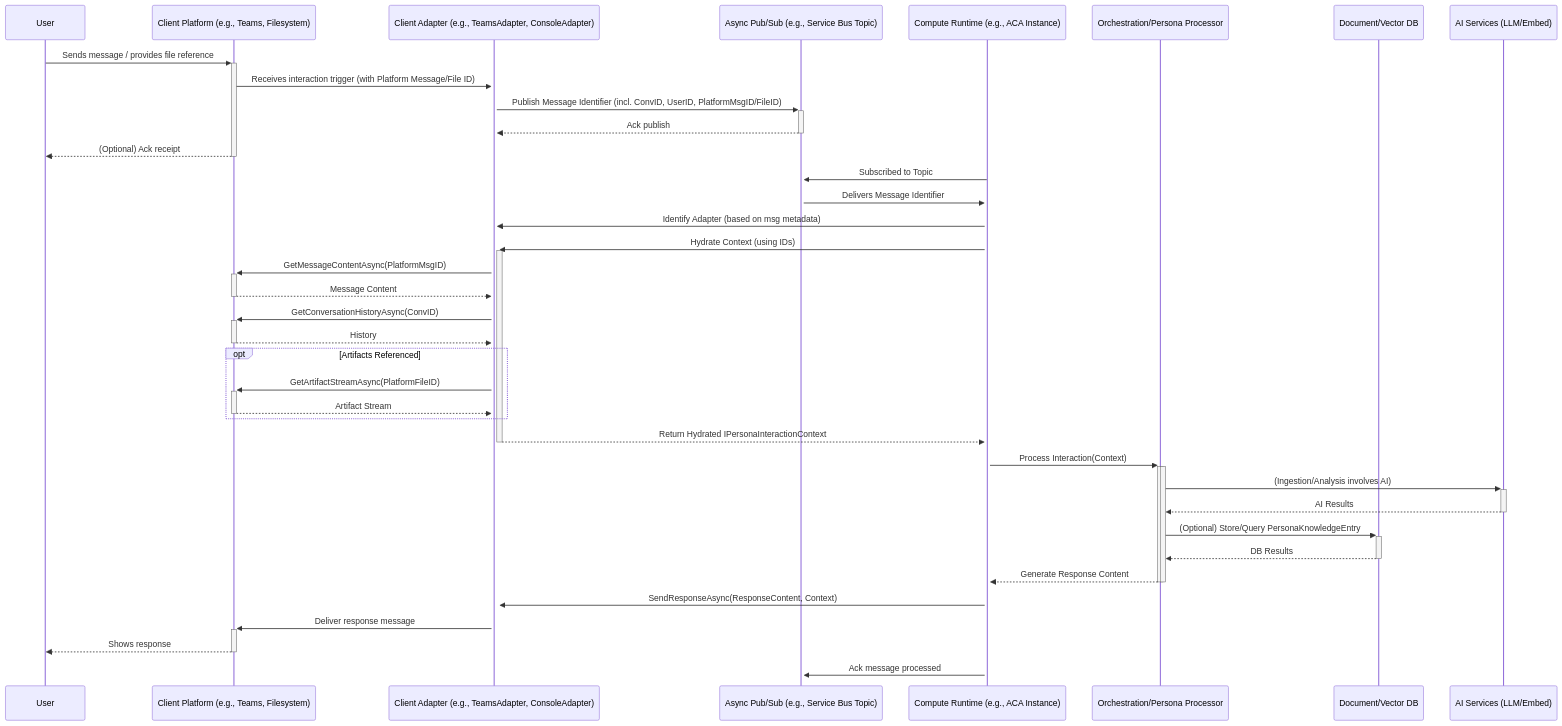
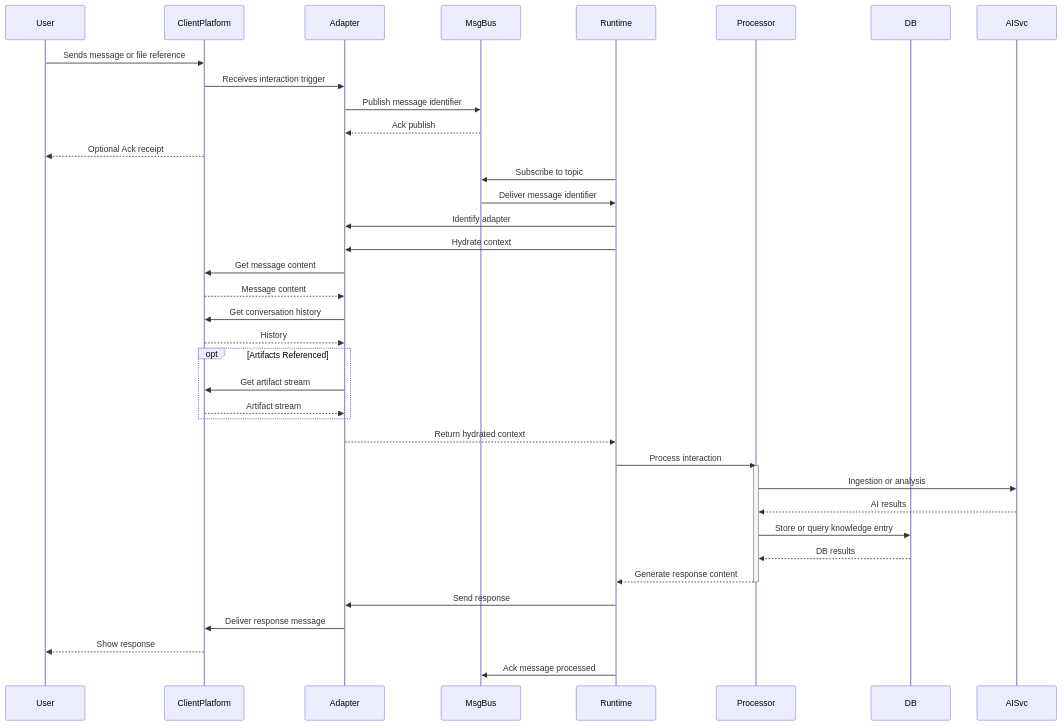
The first of 2 diagrams in Docs/Architecture/01_ARCHITECTURE_PROCESSING.md (jfjordanfarr/Nucleus), drawn with Mermaid before and after one commit. The commit also changed other lines of this file and 12 other files, not shown here.

Commit message:
Better mermaid parsing on existing docs

````diff
--- a/Docs/Architecture/01_ARCHITECTURE_PROCESSING.md
+++ b/Docs/Architecture/01_ARCHITECTURE_PROCESSING.md
@@ -72,45 +72,45 @@
 ```mermaid
 sequenceDiagram
     participant User
-    participant ClientPlatform as Client Platform (e.g., Teams, Filesystem)
-    participant Adapter as Client Adapter (e.g., TeamsAdapter, ConsoleAdapter)
-    participant MsgBus as Async Pub/Sub (e.g., Service Bus Topic)
-    participant Runtime as Compute Runtime (e.g., ACA Instance)
-    participant Processor as Orchestration/Persona Processor
-    participant DB as Document/Vector DB
-    participant AISvc as AI Services (LLM/Embed)
+    participant ClientPlatform
+    participant Adapter
+    participant MsgBus
+    participant Runtime
+    participant Processor
+    participant DB
+    participant AISvc
 
-    User->>+ClientPlatform: Sends message / provides file reference
-    ClientPlatform->>+Adapter: Receives interaction trigger (with Platform Message/File ID)
-    Adapter->>+MsgBus: Publish Message Identifier (incl. ConvID, UserID, PlatformMsgID/FileID)
-    MsgBus-->>-Adapter: Ack publish
-    ClientPlatform-->>-User: (Optional) Ack receipt
+    User->>ClientPlatform: Sends message or file reference
+    ClientPlatform->>Adapter: Receives interaction trigger
+    Adapter->>MsgBus: Publish message identifier
+    MsgBus-->>Adapter: Ack publish
+    ClientPlatform-->>User: Optional Ack receipt
 
-    Runtime->>+MsgBus: Subscribed to Topic
-    MsgBus->>+Runtime: Delivers Message Identifier
-    Runtime->>+Adapter: Identify Adapter (based on msg metadata)
-    Runtime->>+Adapter: Hydrate Context (using IDs)
-    Adapter->>+ClientPlatform: GetMessageContentAsync(PlatformMsgID)
-    ClientPlatform-->>-Adapter: Message Content
-    Adapter->>+ClientPlatform: GetConversationHistoryAsync(ConvID)
-    ClientPlatform-->>-Adapter: History
+    Runtime->>MsgBus: Subscribe to topic
+    MsgBus->>Runtime: Deliver message identifier
+    Runtime->>Adapter: Identify adapter
+    Runtime->>Adapter: Hydrate context
+    Adapter->>ClientPlatform: Get message content
+    ClientPlatform-->>Adapter: Message content
+    Adapter->>ClientPlatform: Get conversation history
+    ClientPlatform-->>Adapter: History
     opt Artifacts Referenced
-        Adapter->>+ClientPlatform: GetArtifactStreamAsync(PlatformFileID)
-        ClientPlatform-->>-Adapter: Artifact Stream
+        Adapter->>ClientPlatform: Get artifact stream
+        ClientPlatform-->>Adapter: Artifact stream
     end
-    Adapter-->>-Runtime: Return Hydrated IPersonaInteractionContext
+    Adapter-->>Runtime: Return hydrated context
 
-    Runtime->>+Processor: Process Interaction(Context)
+    Runtime->>Processor: Process interaction
     activate Processor
-    Processor->>+AISvc: (Ingestion/Analysis involves AI)
-    AISvc-->>-Processor: AI Results
-    Processor->>+DB: (Optional) Store/Query PersonaKnowledgeEntry
-    DB-->>-Processor: DB Results
-    Processor-->>-Runtime: Generate Response Content
+    Processor->>AISvc: Ingestion or analysis
+    AISvc-->>Processor: AI results
+    Processor->>DB: Store or query knowledge entry
+    DB-->>Processor: DB results
+    Processor-->>Runtime: Generate response content
     deactivate Processor
 
-    Runtime->>+Adapter: SendResponseAsync(ResponseContent, Context)
-    Adapter->>+ClientPlatform: Deliver response message
-    ClientPlatform-->>-User: Shows response
-    Runtime->>+MsgBus: Ack message processed
+    Runtime->>Adapter: Send response
+    Adapter->>ClientPlatform: Deliver response message
+    ClientPlatform-->>User: Show response
+    Runtime->>MsgBus: Ack message processed
 ```
````
